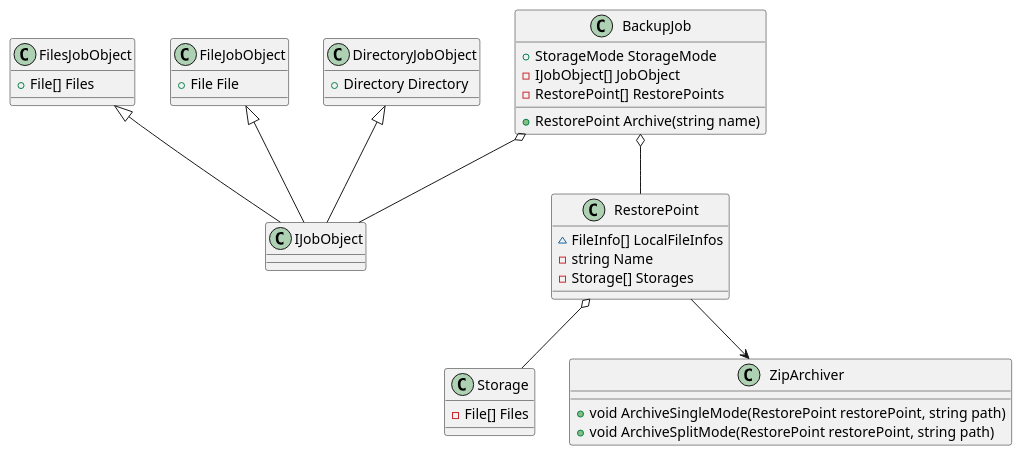
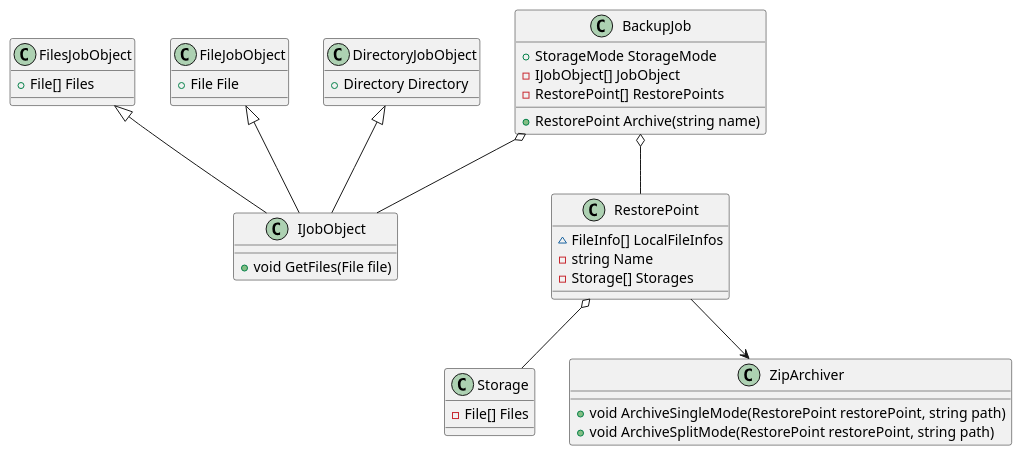
The diagram in Docs/Classes.puml (Ar4eR-ValerA/OOP.IIIsem), drawn with PlantUML before and after one commit.

Commit message:
chore: updates docs        classes uml v2.0a

```diff
--- a/Docs/Classes.puml
+++ b/Docs/Classes.puml
@@ -1,49 +1,50 @@
 @startuml
 
 class BackupJob {
     + StorageMode StorageMode
     - IJobObject[] JobObject
     - RestorePoint[] RestorePoints
     
     + RestorePoint Archive(string name)
 }
 
 class IJobObject {
+    + void GetFiles(File file)
 }
 
 class FilesJobObject {
     + File[] Files
 }
 
 class FileJobObject {
     + File File
 }
 
 class DirectoryJobObject {
     + Directory Directory
 }
 
 class RestorePoint {
     ~ FileInfo[] LocalFileInfos
     - string Name
     - Storage[] Storages
 }
 
 class Storage {
     - File[] Files
 }
 
 class ZipArchiver {
     + void ArchiveSingleMode(RestorePoint restorePoint, string path)
     + void ArchiveSplitMode(RestorePoint restorePoint, string path)
 }
 
 BackupJob o-- RestorePoint
 RestorePoint o-- Storage
 BackupJob o-- IJobObject
 RestorePoint --> ZipArchiver
 FilesJobObject <|-- IJobObject
 FileJobObject <|-- IJobObject
 DirectoryJobObject <|-- IJobObject
 
 @enduml
```
